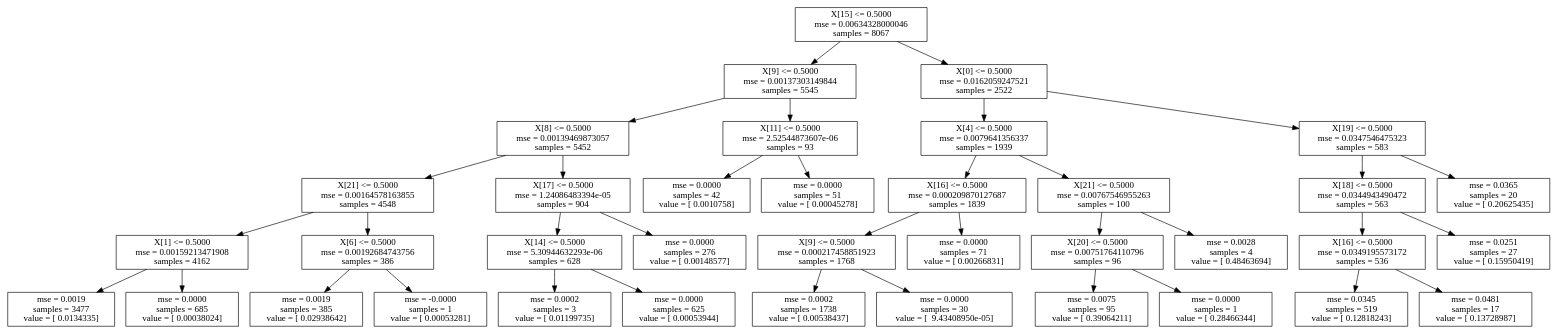
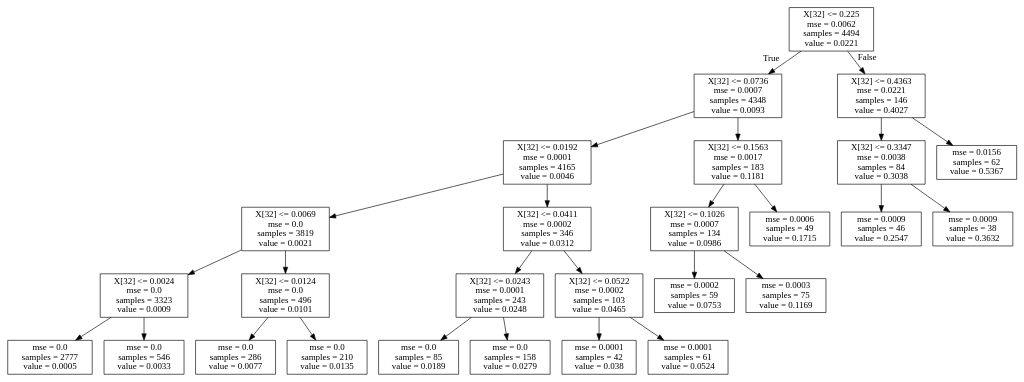
One commit to drabastomek/practicalDataAnalysisCookbook changed the diagram in Data/Chapter6/CART/tree.dot. Above: the diagram before and after it, drawn with Graphviz. The commit also changed 12 other files, not shown here.

```diff
--- a/Data/Chapter6/CART/tree.dot
+++ b/Data/Chapter6/CART/tree.dot
@@ -1,75 +1,56 @@
 digraph Tree {
-0 [label="X[15] <= 0.5000\nmse = 0.00634328000046\nsamples = 8067", shape="box"] ;
-1 [label="X[9] <= 0.5000\nmse = 0.00137303149844\nsamples = 5545", shape="box"] ;
-0 -> 1 ;
-2 [label="X[8] <= 0.5000\nmse = 0.00139469873057\nsamples = 5452", shape="box"] ;
+node [shape=box] ;
+0 [label="X[32] <= 0.225\nmse = 0.0062\nsamples = 4494\nvalue = 0.0221"] ;
+1 [label="X[32] <= 0.0736\nmse = 0.0007\nsamples = 4348\nvalue = 0.0093"] ;
+0 -> 1 [labeldistance=2.5, labelangle=45, headlabel="True"] ;
+2 [label="X[32] <= 0.0192\nmse = 0.0001\nsamples = 4165\nvalue = 0.0046"] ;
 1 -> 2 ;
-3 [label="X[21] <= 0.5000\nmse = 0.00164578163855\nsamples = 4548", shape="box"] ;
+3 [label="X[32] <= 0.0069\nmse = 0.0\nsamples = 3819\nvalue = 0.0021"] ;
 2 -> 3 ;
-4 [label="X[1] <= 0.5000\nmse = 0.00159213471908\nsamples = 4162", shape="box"] ;
+4 [label="X[32] <= 0.0024\nmse = 0.0\nsamples = 3323\nvalue = 0.0009"] ;
 3 -> 4 ;
-5 [label="mse = 0.0019\nsamples = 3477\nvalue = [ 0.0134335]", shape="box"] ;
+5 [label="mse = 0.0\nsamples = 2777\nvalue = 0.0005"] ;
 4 -> 5 ;
-6 [label="mse = 0.0000\nsamples = 685\nvalue = [ 0.00038024]", shape="box"] ;
+6 [label="mse = 0.0\nsamples = 546\nvalue = 0.0033"] ;
 4 -> 6 ;
-7 [label="X[6] <= 0.5000\nmse = 0.00192684743756\nsamples = 386", shape="box"] ;
+7 [label="X[32] <= 0.0124\nmse = 0.0\nsamples = 496\nvalue = 0.0101"] ;
 3 -> 7 ;
-8 [label="mse = 0.0019\nsamples = 385\nvalue = [ 0.02938642]", shape="box"] ;
+8 [label="mse = 0.0\nsamples = 286\nvalue = 0.0077"] ;
 7 -> 8 ;
-9 [label="mse = -0.0000\nsamples = 1\nvalue = [ 0.00053281]", shape="box"] ;
+9 [label="mse = 0.0\nsamples = 210\nvalue = 0.0135"] ;
 7 -> 9 ;
-10 [label="X[17] <= 0.5000\nmse = 1.24086483394e-05\nsamples = 904", shape="box"] ;
+10 [label="X[32] <= 0.0411\nmse = 0.0002\nsamples = 346\nvalue = 0.0312"] ;
 2 -> 10 ;
-11 [label="X[14] <= 0.5000\nmse = 5.30944632293e-06\nsamples = 628", shape="box"] ;
+11 [label="X[32] <= 0.0243\nmse = 0.0001\nsamples = 243\nvalue = 0.0248"] ;
 10 -> 11 ;
-12 [label="mse = 0.0002\nsamples = 3\nvalue = [ 0.01199735]", shape="box"] ;
+12 [label="mse = 0.0\nsamples = 85\nvalue = 0.0189"] ;
 11 -> 12 ;
-13 [label="mse = 0.0000\nsamples = 625\nvalue = [ 0.00053944]", shape="box"] ;
+13 [label="mse = 0.0\nsamples = 158\nvalue = 0.0279"] ;
 11 -> 13 ;
-14 [label="mse = 0.0000\nsamples = 276\nvalue = [ 0.00148577]", shape="box"] ;
+14 [label="X[32] <= 0.0522\nmse = 0.0002\nsamples = 103\nvalue = 0.0465"] ;
 10 -> 14 ;
-15 [label="X[11] <= 0.5000\nmse = 2.52544873607e-06\nsamples = 93", shape="box"] ;
-1 -> 15 ;
-16 [label="mse = 0.0000\nsamples = 42\nvalue = [ 0.0010758]", shape="box"] ;
-15 -> 16 ;
-17 [label="mse = 0.0000\nsamples = 51\nvalue = [ 0.00045278]", shape="box"] ;
-15 -> 17 ;
-18 [label="X[0] <= 0.5000\nmse = 0.0162059247521\nsamples = 2522", shape="box"] ;
-0 -> 18 ;
-19 [label="X[4] <= 0.5000\nmse = 0.0079641356337\nsamples = 1939", shape="box"] ;
+15 [label="mse = 0.0001\nsamples = 42\nvalue = 0.038"] ;
+14 -> 15 ;
+16 [label="mse = 0.0001\nsamples = 61\nvalue = 0.0524"] ;
+14 -> 16 ;
+17 [label="X[32] <= 0.1563\nmse = 0.0017\nsamples = 183\nvalue = 0.1181"] ;
+1 -> 17 ;
+18 [label="X[32] <= 0.1026\nmse = 0.0007\nsamples = 134\nvalue = 0.0986"] ;
+17 -> 18 ;
+19 [label="mse = 0.0002\nsamples = 59\nvalue = 0.0753"] ;
 18 -> 19 ;
-20 [label="X[16] <= 0.5000\nmse = 0.000209870127687\nsamples = 1839", shape="box"] ;
-19 -> 20 ;
-21 [label="X[9] <= 0.5000\nmse = 0.000217458851923\nsamples = 1768", shape="box"] ;
-20 -> 21 ;
-22 [label="mse = 0.0002\nsamples = 1738\nvalue = [ 0.00538437]", shape="box"] ;
-21 -> 22 ;
-23 [label="mse = 0.0000\nsamples = 30\nvalue = [  9.43408950e-05]", shape="box"] ;
-21 -> 23 ;
-24 [label="mse = 0.0000\nsamples = 71\nvalue = [ 0.00266831]", shape="box"] ;
-20 -> 24 ;
-25 [label="X[21] <= 0.5000\nmse = 0.00767546955263\nsamples = 100", shape="box"] ;
-19 -> 25 ;
-26 [label="X[20] <= 0.5000\nmse = 0.00751764110796\nsamples = 96", shape="box"] ;
-25 -> 26 ;
-27 [label="mse = 0.0075\nsamples = 95\nvalue = [ 0.39064211]", shape="box"] ;
-26 -> 27 ;
-28 [label="mse = 0.0000\nsamples = 1\nvalue = [ 0.28466344]", shape="box"] ;
-26 -> 28 ;
-29 [label="mse = 0.0028\nsamples = 4\nvalue = [ 0.48463694]", shape="box"] ;
-25 -> 29 ;
-30 [label="X[19] <= 0.5000\nmse = 0.0347546475323\nsamples = 583", shape="box"] ;
-18 -> 30 ;
-31 [label="X[18] <= 0.5000\nmse = 0.0344943490472\nsamples = 563", shape="box"] ;
-30 -> 31 ;
-32 [label="X[16] <= 0.5000\nmse = 0.0349195573172\nsamples = 536", shape="box"] ;
-31 -> 32 ;
-33 [label="mse = 0.0345\nsamples = 519\nvalue = [ 0.12818243]", shape="box"] ;
-32 -> 33 ;
-34 [label="mse = 0.0481\nsamples = 17\nvalue = [ 0.13728987]", shape="box"] ;
-32 -> 34 ;
-35 [label="mse = 0.0251\nsamples = 27\nvalue = [ 0.15950419]", shape="box"] ;
-31 -> 35 ;
-36 [label="mse = 0.0365\nsamples = 20\nvalue = [ 0.20625435]", shape="box"] ;
-30 -> 36 ;
+20 [label="mse = 0.0003\nsamples = 75\nvalue = 0.1169"] ;
+18 -> 20 ;
+21 [label="mse = 0.0006\nsamples = 49\nvalue = 0.1715"] ;
+17 -> 21 ;
+22 [label="X[32] <= 0.4363\nmse = 0.0221\nsamples = 146\nvalue = 0.4027"] ;
+0 -> 22 [labeldistance=2.5, labelangle=-45, headlabel="False"] ;
+23 [label="X[32] <= 0.3347\nmse = 0.0038\nsamples = 84\nvalue = 0.3038"] ;
+22 -> 23 ;
+24 [label="mse = 0.0009\nsamples = 46\nvalue = 0.2547"] ;
+23 -> 24 ;
+25 [label="mse = 0.0009\nsamples = 38\nvalue = 0.3632"] ;
+23 -> 25 ;
+26 [label="mse = 0.0156\nsamples = 62\nvalue = 0.5367"] ;
+22 -> 26 ;
 }
```
